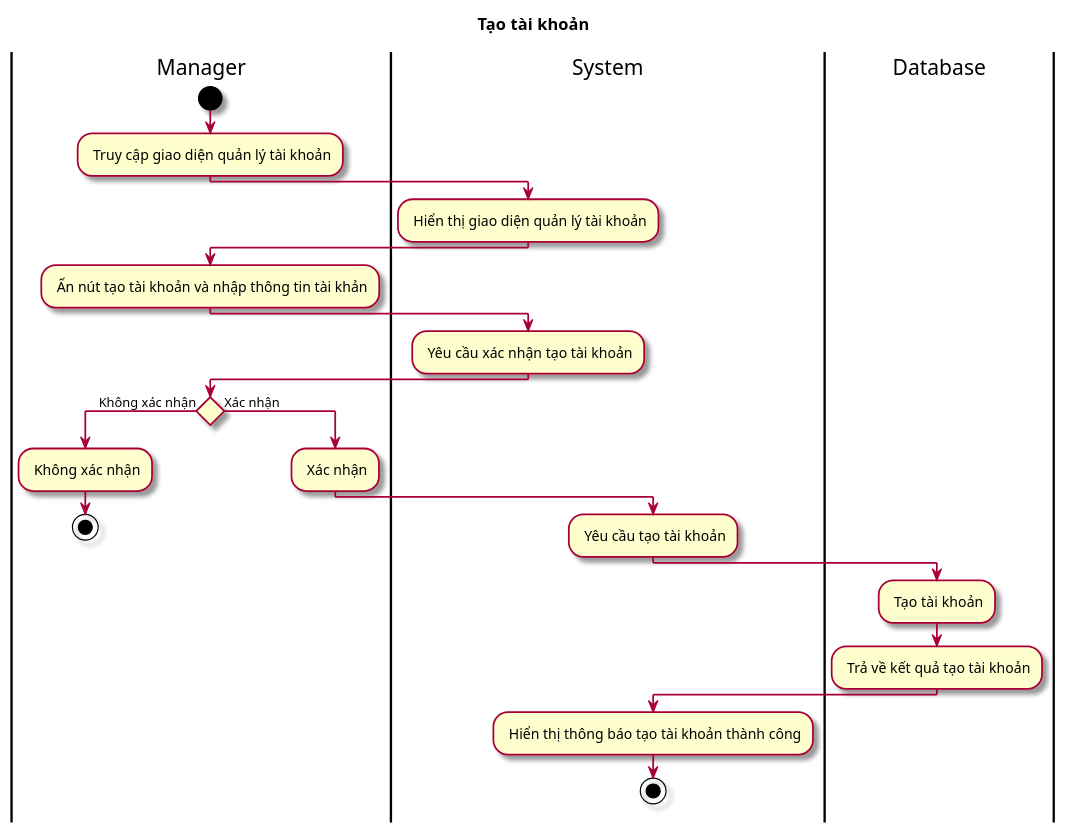
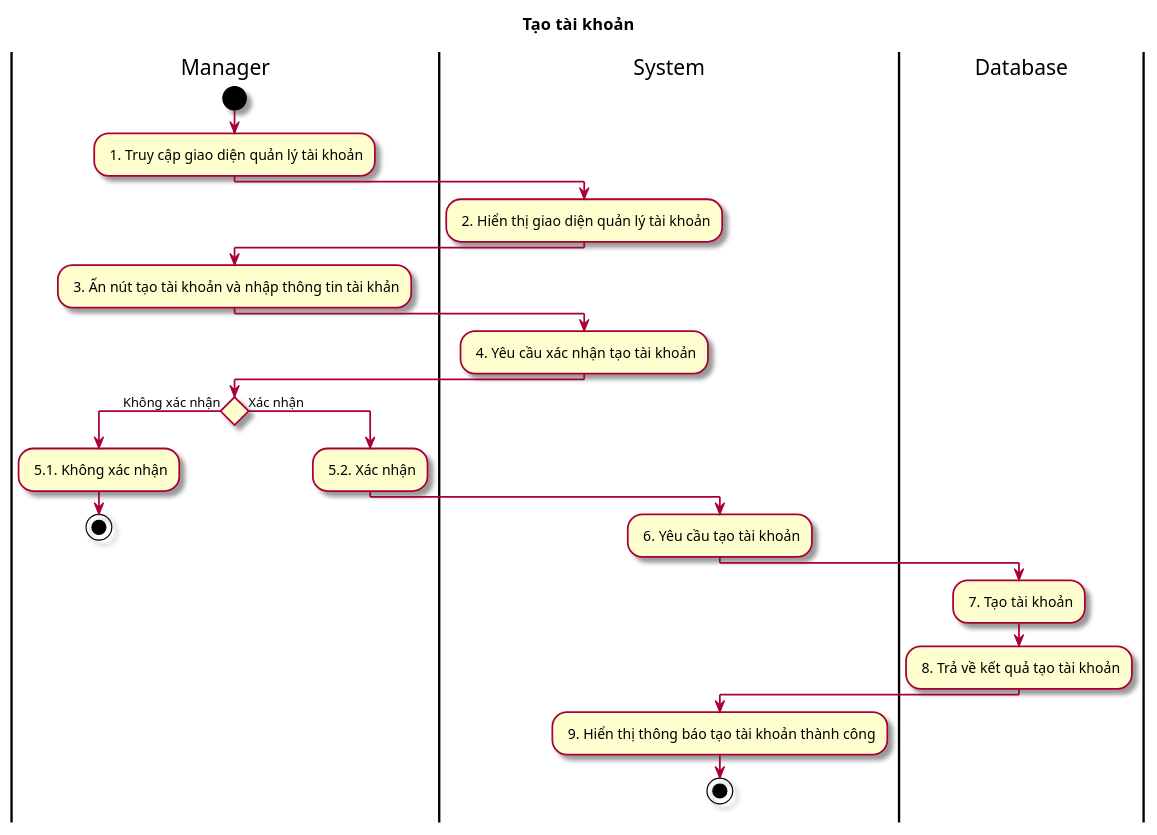
Before and after one commit to Griselda4774/EAS-EmploymentAssistanceSystem: the diagram in Lab1/Lab 1.2 Diagram/Activity/FileUML/17.1. ActTaoTaiKhoan.puml, drawn with PlantUML. The commit also changed 44 other files, not shown here.

Commit message:
update act diagram

```diff
--- a/Lab1/Lab 1.2 Diagram/Activity/FileUML/17.1. ActTaoTaiKhoan.puml
+++ b/Lab1/Lab 1.2 Diagram/Activity/FileUML/17.1. ActTaoTaiKhoan.puml
@@ -1,34 +1,34 @@
 @startuml ActTaoTaiKhoan
 
 skin rose
 title Tạo tài khoản
 
 |Manager|
 |System|
 |Database|
 
 |Manager|
 start
-: Truy cập giao diện quản lý tài khoản;
+: 1. Truy cập giao diện quản lý tài khoản;
 |System|
-: Hiển thị giao diện quản lý tài khoản;
+: 2. Hiển thị giao diện quản lý tài khoản;
 |Manager|
-: Ấn nút tạo tài khoản và nhập thông tin tài khản;
+: 3. Ấn nút tạo tài khoản và nhập thông tin tài khản;
 |System|
-: Yêu cầu xác nhận tạo tài khoản;
+: 4. Yêu cầu xác nhận tạo tài khoản;
 |Manager|
 if () then (Không xác nhận)
-: Không xác nhận;
+: 5.1. Không xác nhận;
 stop
 else (Xác nhận)
-: Xác nhận;
+: 5.2. Xác nhận;
 |System|
-: Yêu cầu tạo tài khoản;
+: 6. Yêu cầu tạo tài khoản;
 |Database|
-: Tạo tài khoản;
-: Trả về kết quả tạo tài khoản;
+: 7. Tạo tài khoản;
+: 8. Trả về kết quả tạo tài khoản;
 |System|
-: Hiển thị thông báo tạo tài khoản thành công;
+: 9. Hiển thị thông báo tạo tài khoản thành công;
 stop
 
 @enduml
```
